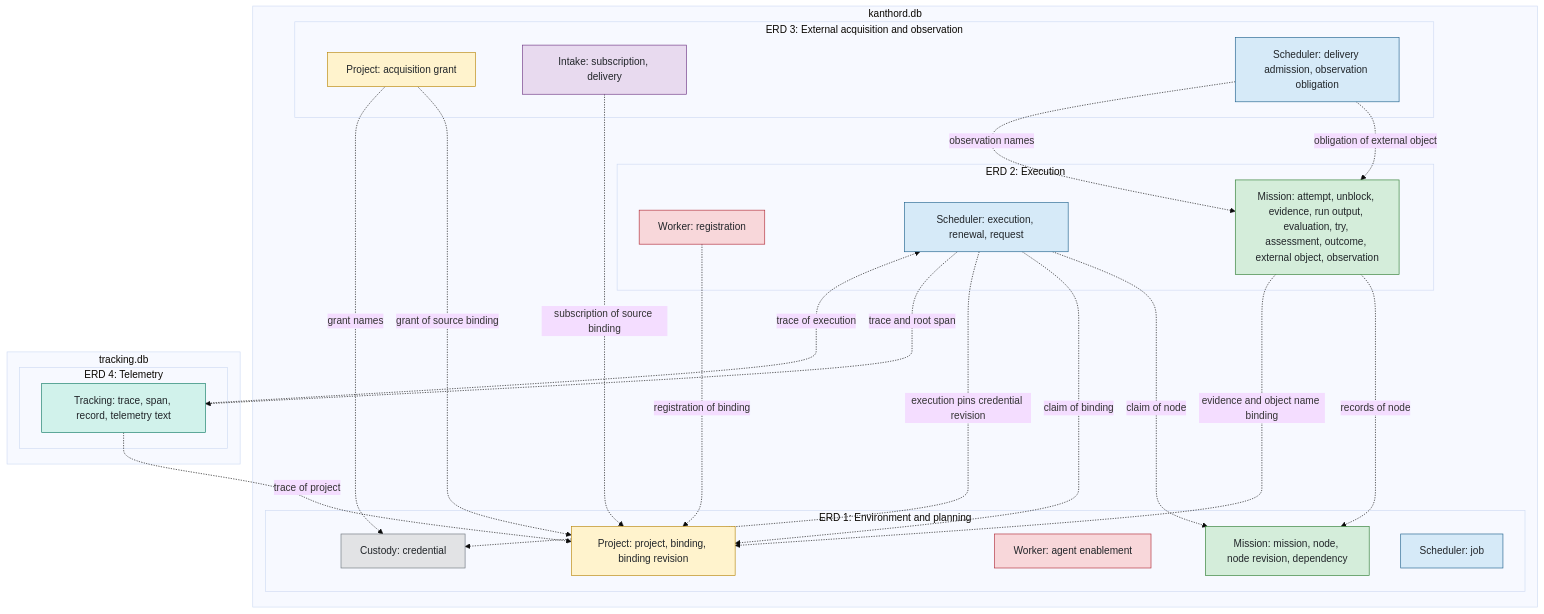
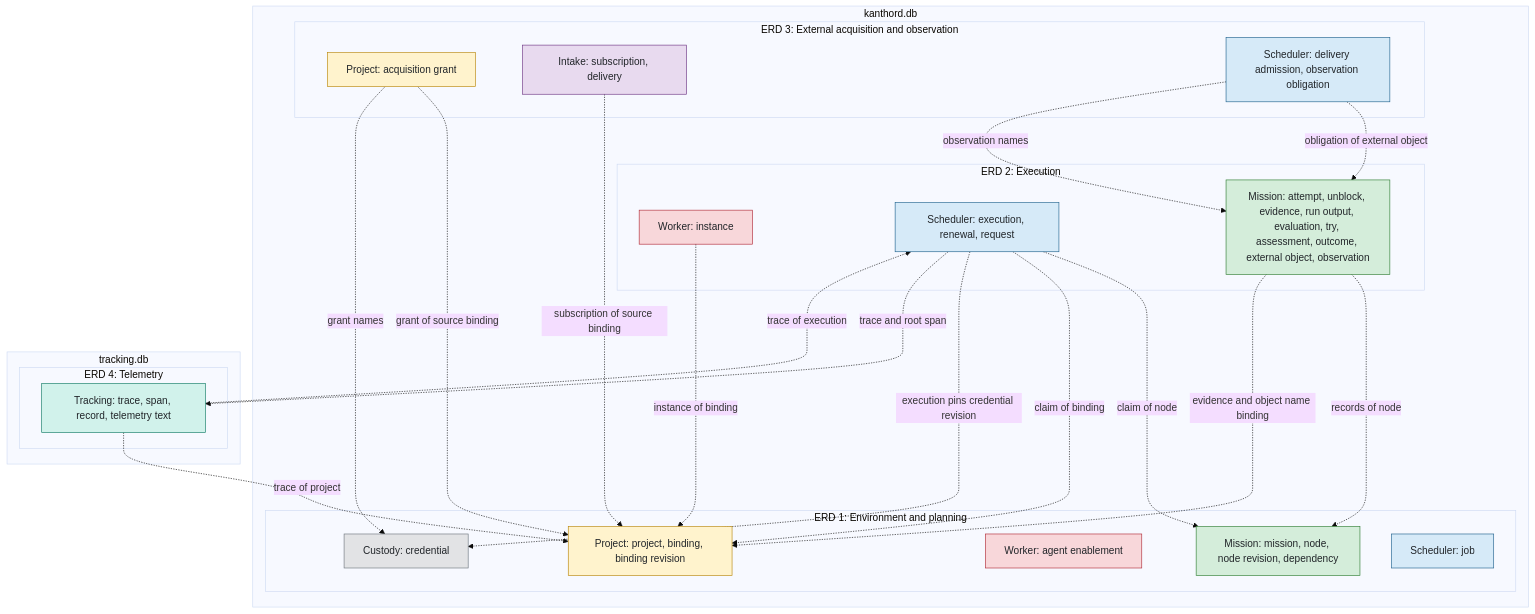
The diagram in docs/reference/erd/README.md (kanthorlabs/kanthord), drawn with Mermaid (base theme) before and after one commit. The commit also changed other lines of this file and 2 other files, not shown here.

Commit message:
docs: rename worker registrations to worker instances
docs: rename worker_registration to worker_instance, because Ulrich
ruled on 2026-09-28 that the durable record of a registered instance is
an instance and that its primary key is id, so the table and the ERD map
name worker_instance, worker_instance.id holds the runtime identity,
scheduler_execution.runtime_identity references it and a server
placement instance holds no row

````diff
--- a/docs/reference/erd/README.md
+++ b/docs/reference/erd/README.md
@@ -32,60 +32,60 @@
 ```mermaid
 flowchart TB
     subgraph db1["kanthord.db"]
         subgraph v1["ERD 1: Environment and planning"]
             c1["Custody: credential"]
             p1["Project: project, binding, binding revision"]
             w1["Worker: agent enablement"]
             m1["Mission: mission, node, node revision, dependency"]
             s1["Scheduler: job"]
         end
         subgraph v2["ERD 2: Execution"]
-            w2["Worker: registration"]
+            w2["Worker: instance"]
             s2["Scheduler: execution, renewal, request"]
             m2["Mission: attempt, unblock, evidence, run output, evaluation, try, assessment, outcome, external object, observation"]
         end
         subgraph v3["ERD 3: External acquisition and observation"]
             p3["Project: acquisition grant"]
             i3["Intake: subscription, delivery"]
             s3["Scheduler: delivery admission, observation obligation"]
         end
     end
     subgraph db2["tracking.db"]
         subgraph v4["ERD 4: Telemetry"]
             t4["Tracking: trace, span, record, telemetry text"]
         end
     end
 
-    w2 -.->|registration of binding| p1
+    w2 -.->|instance of binding| p1
     s2 -.->|claim of node| m1
     s2 -.->|claim of binding| p1
     s2 -.->|execution pins credential revision| c1
     m2 -.->|records of node| m1
     m2 -.->|evidence and object name binding| p1
 
     p3 -.->|grant of source binding| p1
     p3 -.->|grant names| c1
     i3 -.->|subscription of source binding| p1
     s3 -.->|obligation of external object| m2
     s3 -.->|observation names| m2
 
     t4 -.->|trace of execution| s2
     s2 -.->|trace and root span| t4
     t4 -.->|trace of project| p1
 
     classDef custody fill:#e2e3e5,stroke:#6c757d,color:#212529
     classDef project fill:#fff3cd,stroke:#b8860b,color:#212529
     classDef worker fill:#f8d7da,stroke:#b02a37,color:#212529
     classDef mission fill:#d4edda,stroke:#2e7d32,color:#212529
     classDef scheduler fill:#d6eaf8,stroke:#1f618d,color:#212529
     classDef intake fill:#e8daef,stroke:#6c3483,color:#212529
     classDef tracking fill:#d1f2eb,stroke:#117a65,color:#212529
 
     class c1 custody
     class p1,p3 project
     class w1,w2 worker
     class m1,m2 mission
     class s1,s2,s3 scheduler
     class i3 intake
     class t4 tracking
 ```
````
